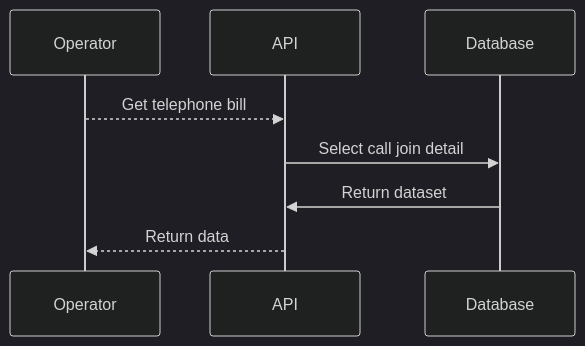
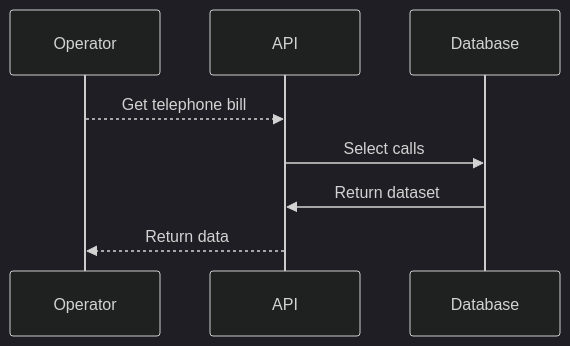
The third of 3 diagrams in modeling.diagram.md (alexteza/work-at-olist), drawn with Mermaid (dark theme) before and after one commit. The commit also changed other lines of this file, not shown here.

````diff
--- a/modeling.diagram.md
+++ b/modeling.diagram.md
@@ -73,7 +74,7 @@
 ```mermaid
 sequenceDiagram
 Operator-->>API:Get telephone bill
-API->>Database:Select call join detail
+API->>Database:Select calls
 Database->>API:Return dataset
 API-->>Operator:Return data
 ```
````
